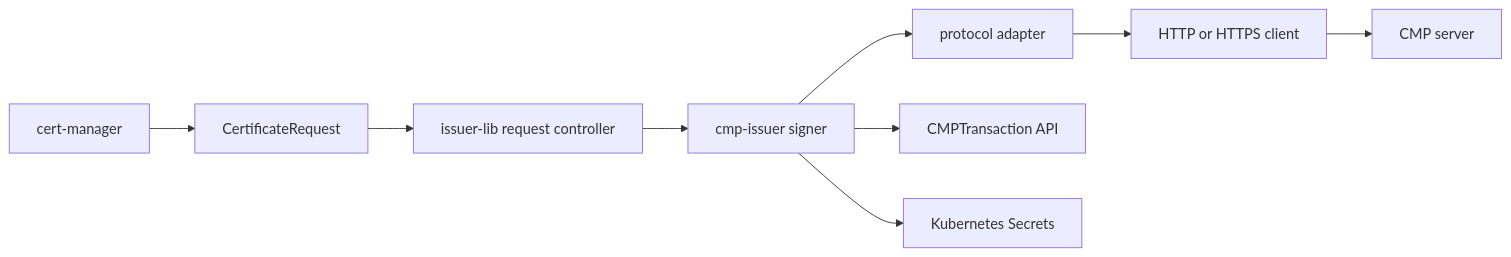
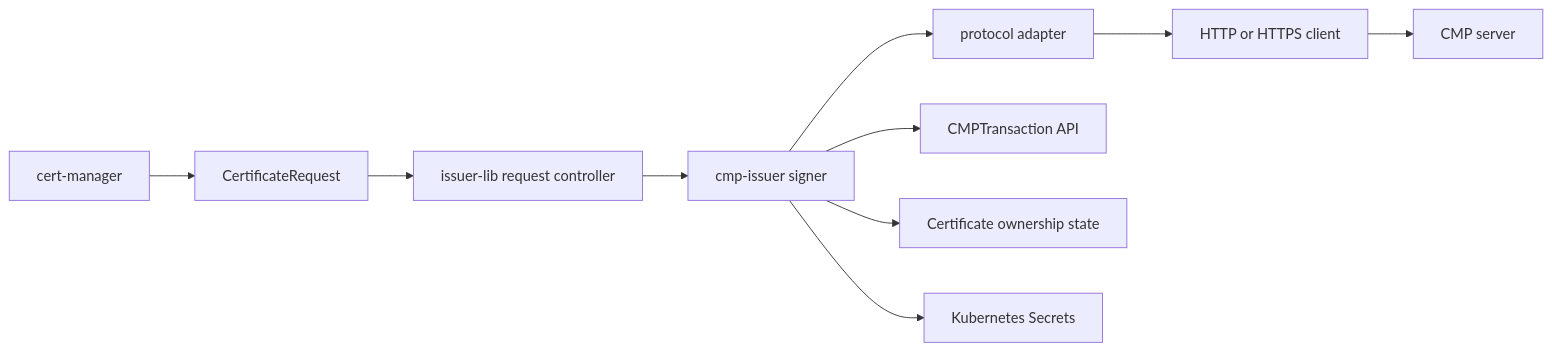
Before and after one commit to misiektoja/cmp-issuer: the diagram in docs/architecture.md, drawn with Mermaid. The commit also changed other lines of this file, not shown here.

Commit message:
docs: describe the KUR renewal flow

````diff
--- a/docs/architecture.md
+++ b/docs/architecture.md
@@ -7,11 +7,12 @@
 ```mermaid
 flowchart LR
   CM[cert-manager] --> CR[CertificateRequest]
   CR --> IL[issuer-lib request controller]
   IL --> CMP[cmp-issuer signer]
   CMP --> AD[protocol adapter]
   AD --> HTTP[HTTP or HTTPS client]
   HTTP --> CA[CMP server]
   CMP --> TX[CMPTransaction API]
+  CMP --> CERT[Certificate ownership state]
   CMP --> SEC[Kubernetes Secrets]
 ```
````
